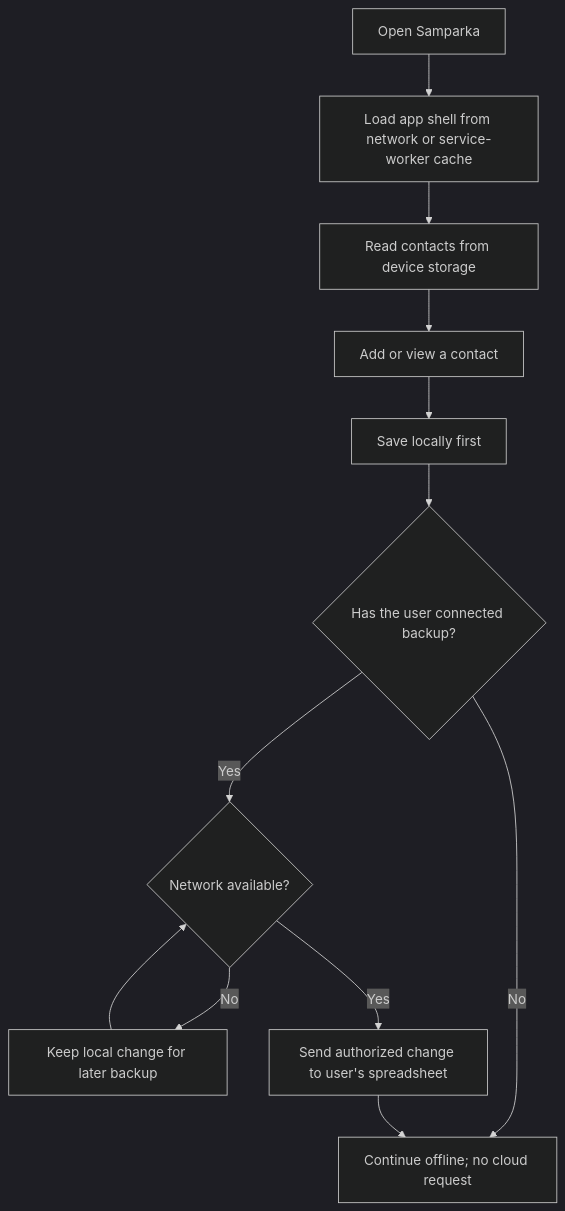
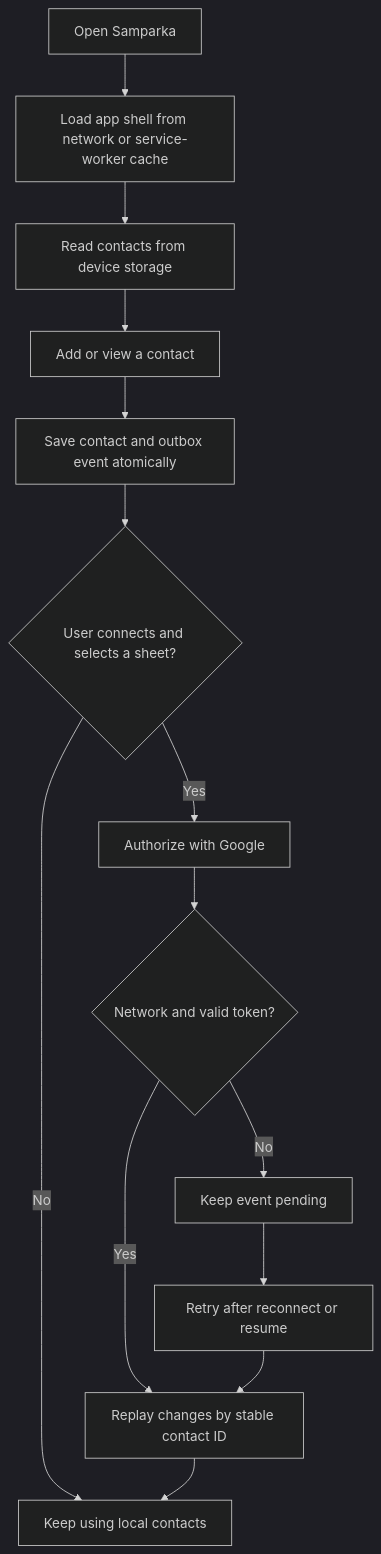
The second of 2 diagrams in README.md (Pujith-M/Samparka), drawn with Mermaid (dark theme) before and after one commit. The commit also changed other lines of this file and 14 other files, not shown here.

````diff
--- a/README.md
+++ b/README.md
@@ -50,14 +50,16 @@
 ```mermaid
 flowchart TD
     Start[Open Samparka] --> Load[Load app shell from network or service-worker cache]
     Load --> Read[Read contacts from device storage]
     Read --> Edit[Add or view a contact]
-    Edit --> Save[Save locally first]
-    Save --> Choice{Has the user connected backup?}
-    Choice -- No --> Done[Continue offline; no cloud request]
-    Choice -- Yes --> Online{Network available?}
-    Online -- No --> Queue[Keep local change for later backup]
-    Online -- Yes --> Sync[Send authorized change to user's spreadsheet]
-    Queue --> Online
+    Edit --> Save[Save contact and outbox event atomically]
+    Save --> Choice{User connects and selects a sheet?}
+    Choice -- No --> Done[Keep using local contacts]
+    Choice -- Yes --> Auth[Authorize with Google]
+    Auth --> Online{Network and valid token?}
+    Online -- No --> Queue[Keep event pending]
+    Online -- Yes --> Sync[Replay changes by stable contact ID]
+    Queue --> Resume[Retry after reconnect or resume]
+    Resume --> Sync
     Sync --> Done
 ```
````
